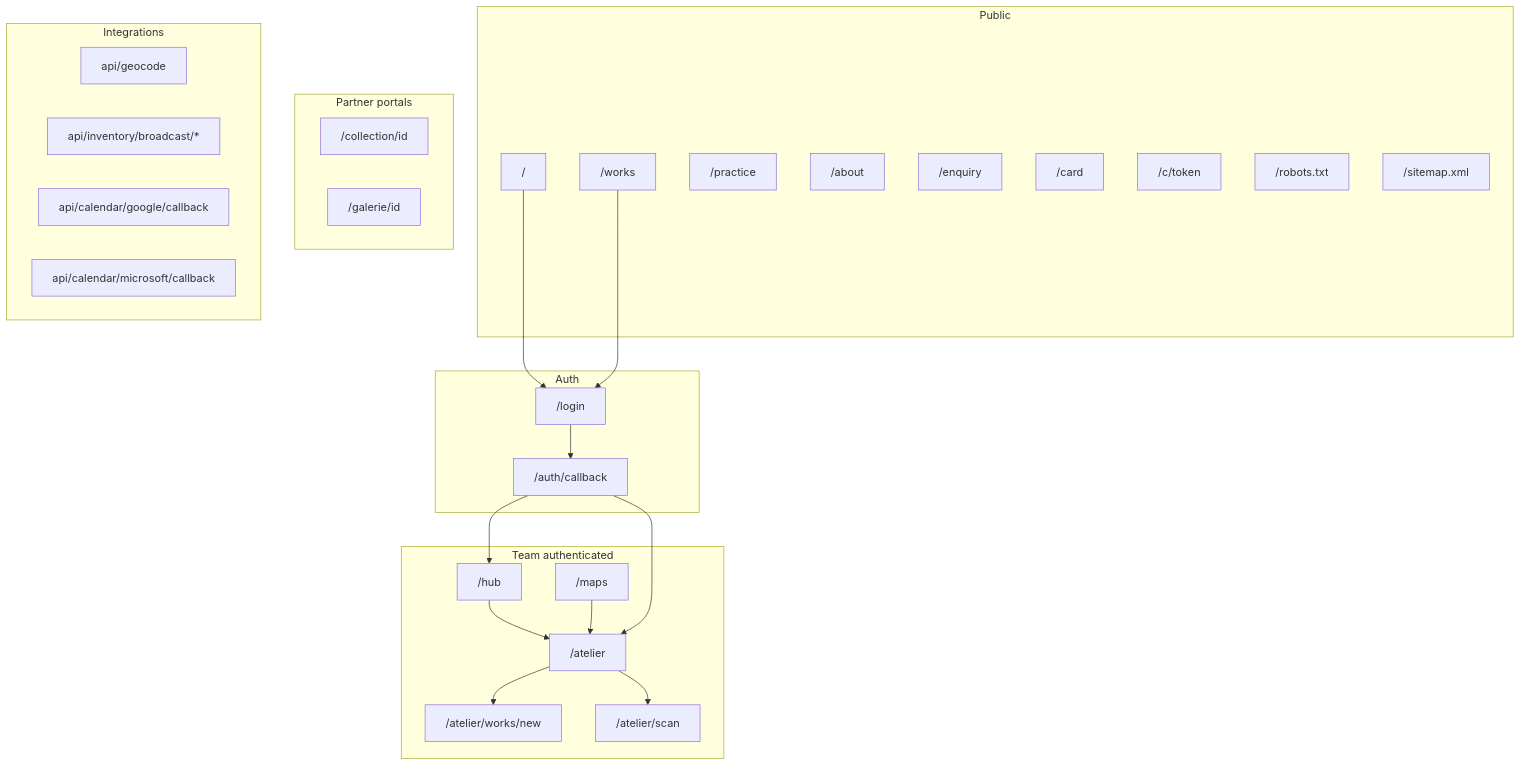
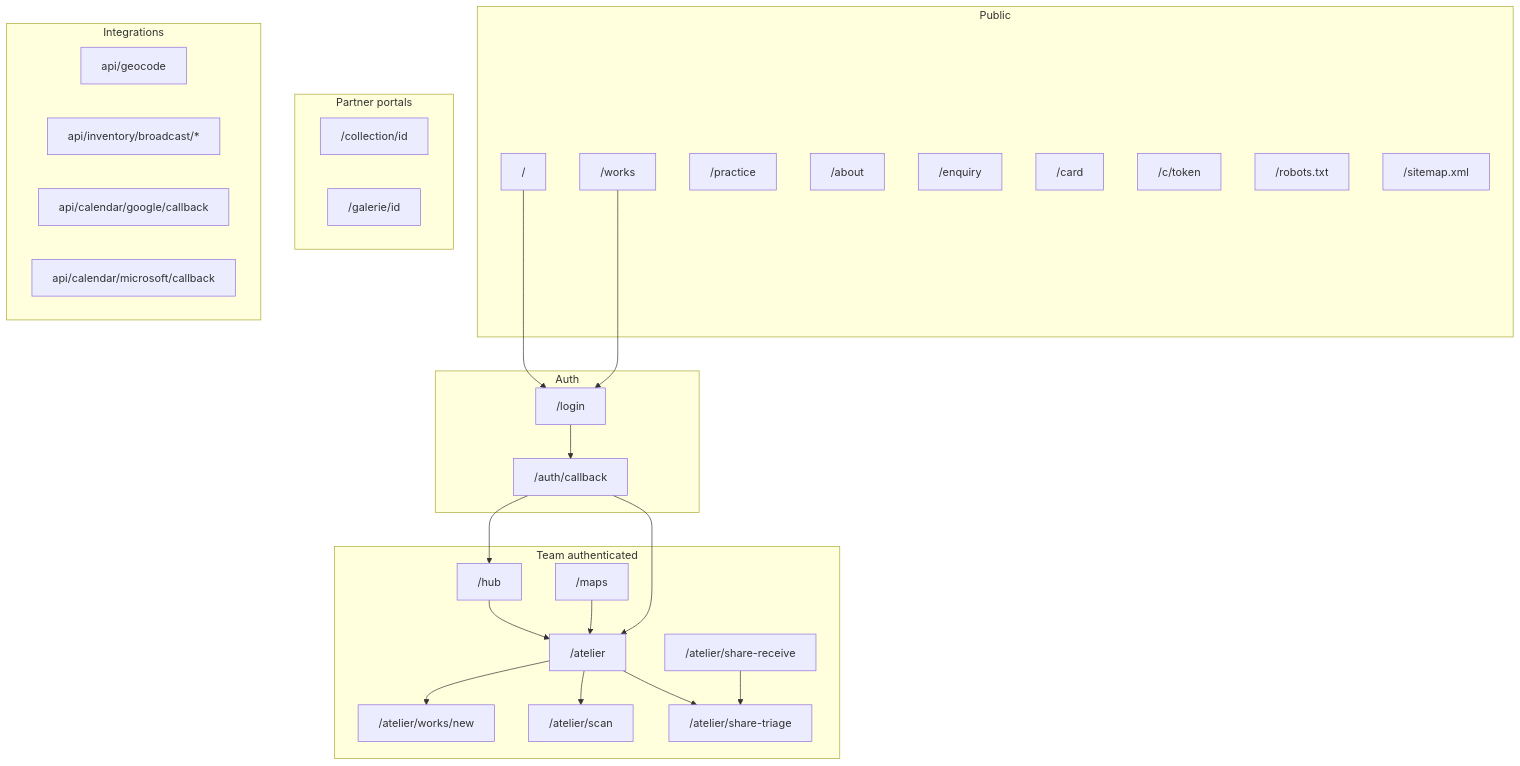
One commit to pppeeemmm-web/inventaire changed the first of 2 diagrams in docs/SITE_MAP.md. Above: the diagram before and after it, drawn with Mermaid. The commit also changed other lines of this file and 76 other files, not shown here.

````diff
--- a/docs/SITE_MAP.md
+++ b/docs/SITE_MAP.md
@@ -147,49 +149,53 @@
 ```mermaid
 flowchart TB
   subgraph public ["Public"]
     landing["/"]
     works["/works"]
     practice["/practice"]
     about["/about"]
     enquiry["/enquiry"]
     card["/card"]
     plink["/c/token"]
     robots["/robots.txt"]
     smap["/sitemap.xml"]
   end
 
   subgraph auth ["Auth"]
     login["/login"]
     oauthcb["/auth/callback"]
   end
 
   subgraph team ["Team authenticated"]
     hub["/hub"]
     atelier["/atelier"]
     worksNew["/atelier/works/new"]
     scan["/atelier/scan"]
+    shareRecv["/atelier/share-receive"]
+    shareTri["/atelier/share-triage"]
     maps["/maps"]
   end
 
   subgraph portals ["Partner portals"]
     coll["/collection/id"]
     gal["/galerie/id"]
   end
 
   subgraph integrations ["Integrations"]
     geo["api/geocode"]
     br["api/inventory/broadcast/*"]
     calg["api/calendar/google/callback"]
     calm["api/calendar/microsoft/callback"]
   end
 
   landing --> login
   works --> login
   hub --> atelier
   atelier --> worksNew
   atelier --> scan
+  atelier --> shareTri
+  shareRecv --> shareTri
   maps --> atelier
   login --> oauthcb
   oauthcb --> hub
   oauthcb --> atelier
 ```
````
